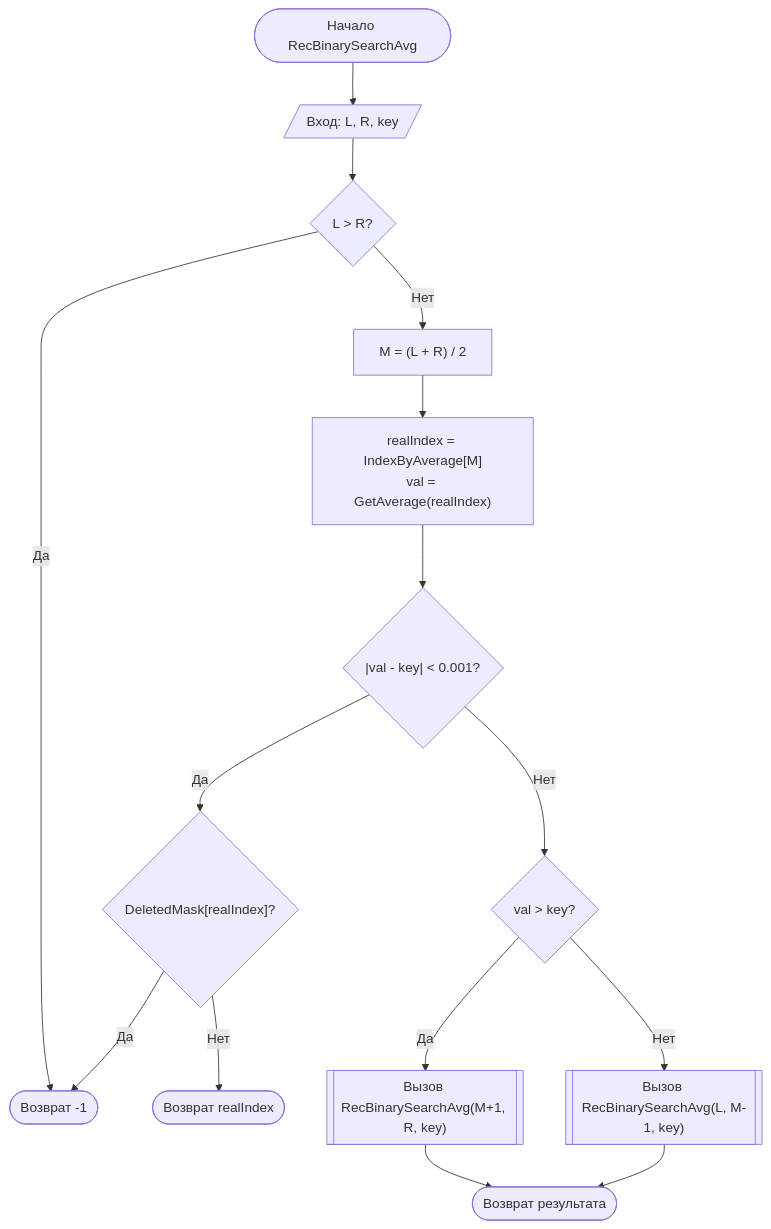
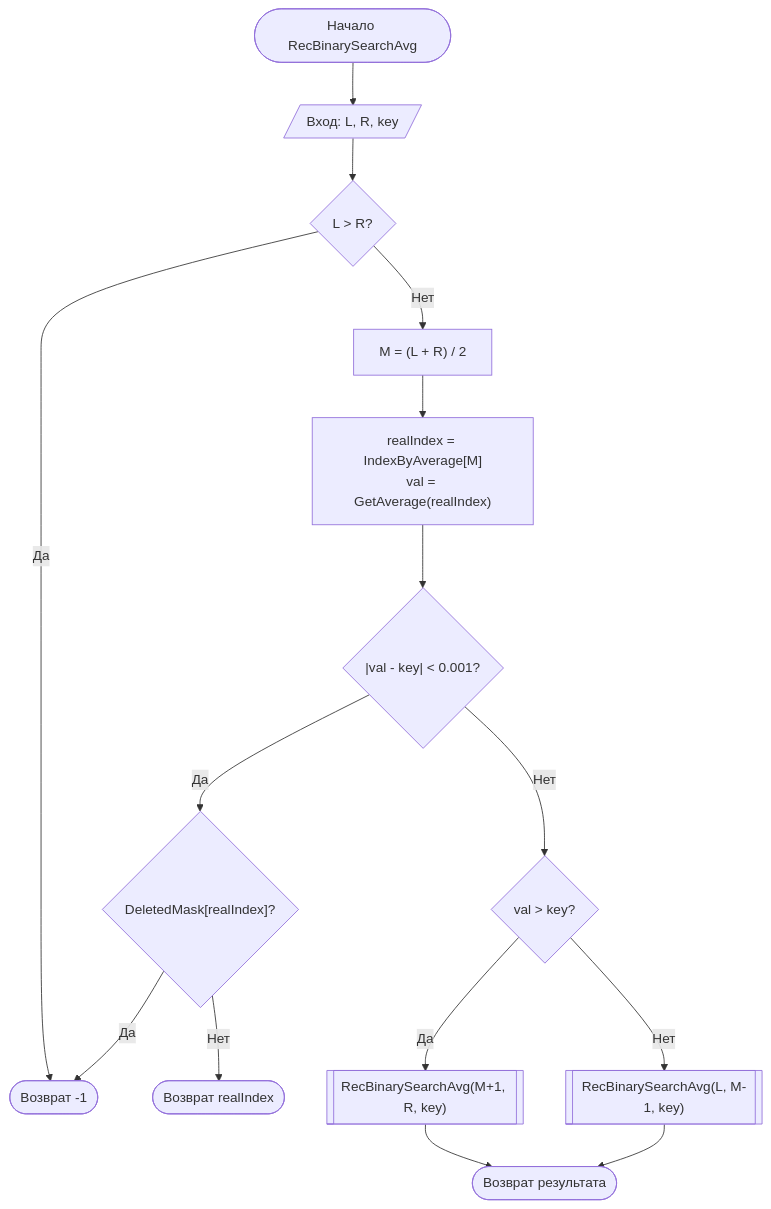
Before and after one commit to Zrossiz/toi: the fourth of 4 diagrams in README.md, drawn with Mermaid. The commit also changed other lines of this file, not shown here.

````diff
--- a/README.md
+++ b/README.md
@@ -114,24 +128,24 @@
 ```mermaid
 flowchart TD
     Start([Начало RecBinarySearchAvg]) --> Input[/Вход: L, R, key/]
 
     Input --> CheckBase{"L > R?"}
     CheckBase -- Да --> RetNotFound([Возврат -1])
 
     CheckBase -- Нет --> CalcM["M = (L + R) / 2"]
     CalcM --> GetVal["realIndex = IndexByAverage[M]<br/>val = GetAverage(realIndex)"]
 
     GetVal --> CheckEq{"|val - key| < 0.001?"}
 
     CheckEq -- Да --> CheckDel{"DeletedMask[realIndex]?"}
     CheckDel -- Да --> RetNotFound
     CheckDel -- Нет --> RetFound([Возврат realIndex])
 
     CheckEq -- Нет --> CheckGreater{"val > key?"}
 
-    CheckGreater -- Да --> CallRight[["Вызов RecBinarySearchAvg(M+1, R, key)"]]
-    CheckGreater -- Нет --> CallLeft[["Вызов RecBinarySearchAvg(L, M-1, key)"]]
+    CheckGreater -- Да --> CallRight[["RecBinarySearchAvg(M+1, R, key)"]]
+    CheckGreater -- Нет --> CallLeft[["RecBinarySearchAvg(L, M-1, key)"]]
 
     CallRight --> End([Возврат результата])
     CallLeft --> End
 ```
````
